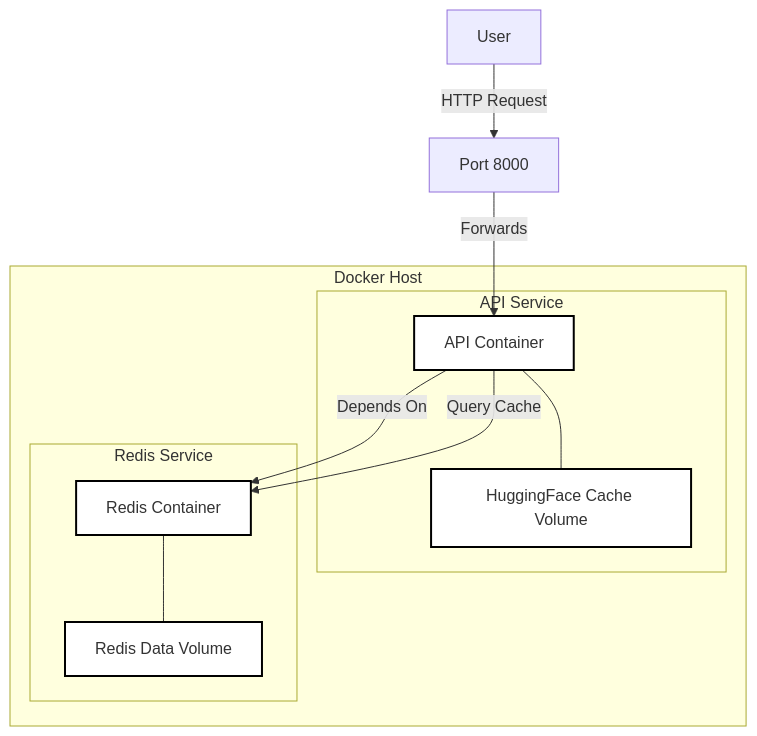
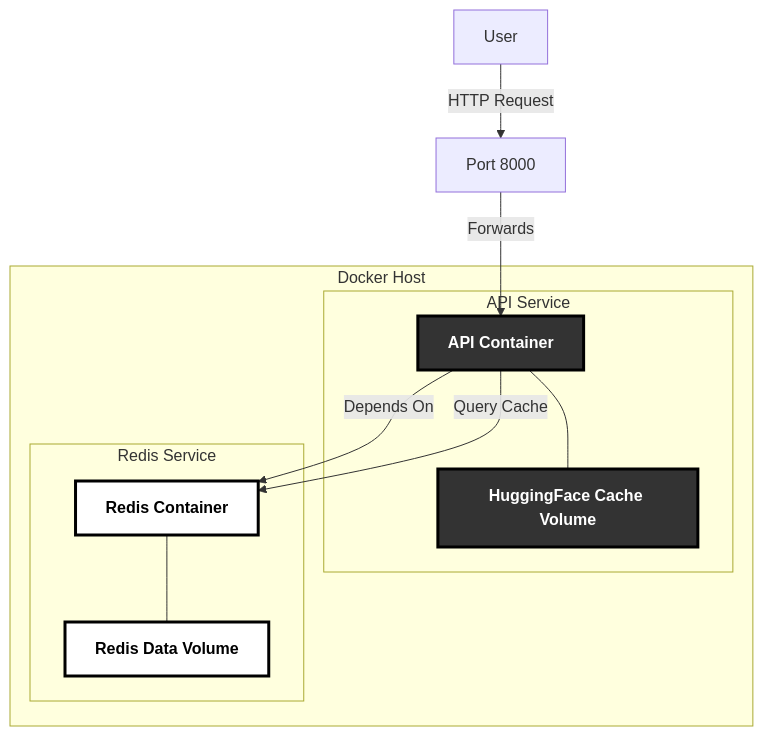
Before and after one commit to SoundMindsAI/ai_examples: the fourth of 5 diagrams in An_LLM_Query_Understanding_Service/README.md, drawn with Mermaid. The commit also changed other lines of this file, not shown here.

Commit message:
Update Mermaid diagram styles with alternating dark/light theme

````diff
--- a/An_LLM_Query_Understanding_Service/README.md
+++ b/An_LLM_Query_Understanding_Service/README.md
@@ -176,27 +176,27 @@
 ```mermaid
 graph TB
     User[User] -->|HTTP Request| Port8000[Port 8000]
     Port8000 -->|Forwards| APIContainer[API Container]
     APIContainer -->|Depends On| RedisContainer[Redis Container]
     
     subgraph "Docker Host"
         subgraph "API Service"
             APIContainer
             Volume1[HuggingFace Cache Volume]
             APIContainer --- Volume1
         end
         
         subgraph "Redis Service"
             RedisContainer
             Volume2[Redis Data Volume]
             RedisContainer --- Volume2
         end
     end
     
     APIContainer -->|Query Cache| RedisContainer
     
-    style APIContainer fill:white,stroke:black,stroke-width:2px
-    style RedisContainer fill:white,stroke:black,stroke-width:2px
-    style Volume1 fill:white,stroke:black,stroke-width:2px
-    style Volume2 fill:white,stroke:black,stroke-width:2px
+    style APIContainer fill:#333,stroke:#000,stroke-width:3px,color:#fff,font-weight:bold
+    style RedisContainer fill:white,stroke:#000,stroke-width:3px,color:#000,font-weight:bold
+    style Volume1 fill:#333,stroke:#000,stroke-width:3px,color:#fff,font-weight:bold
+    style Volume2 fill:white,stroke:#000,stroke-width:3px,color:#000,font-weight:bold
 ```
````
